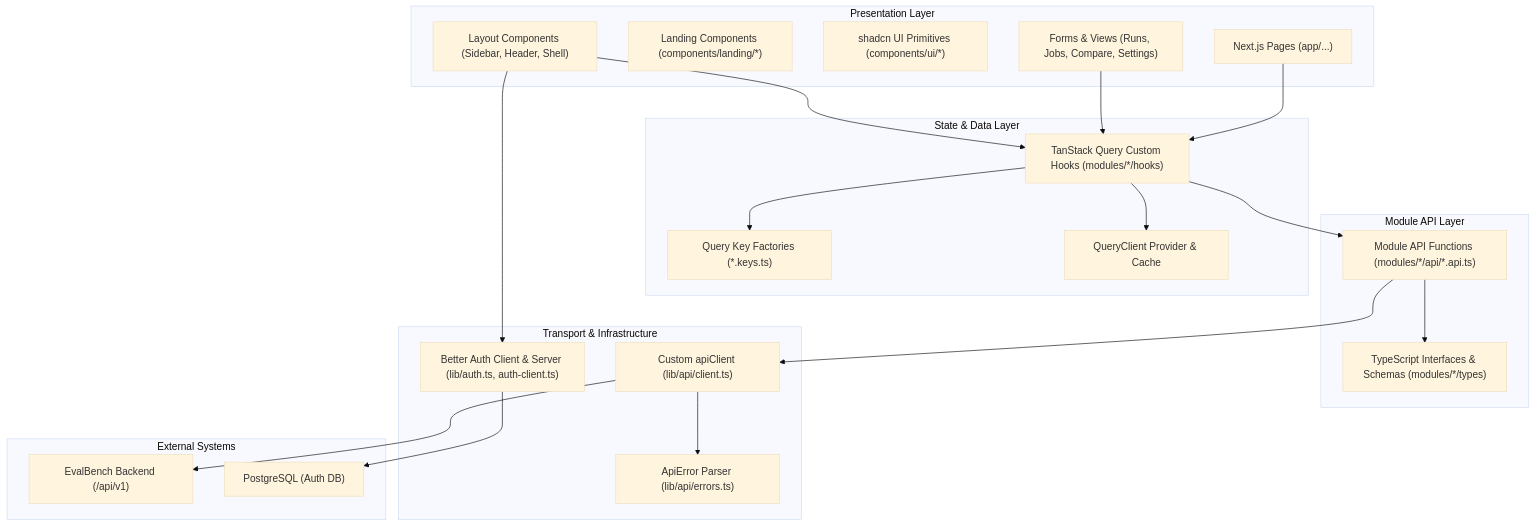
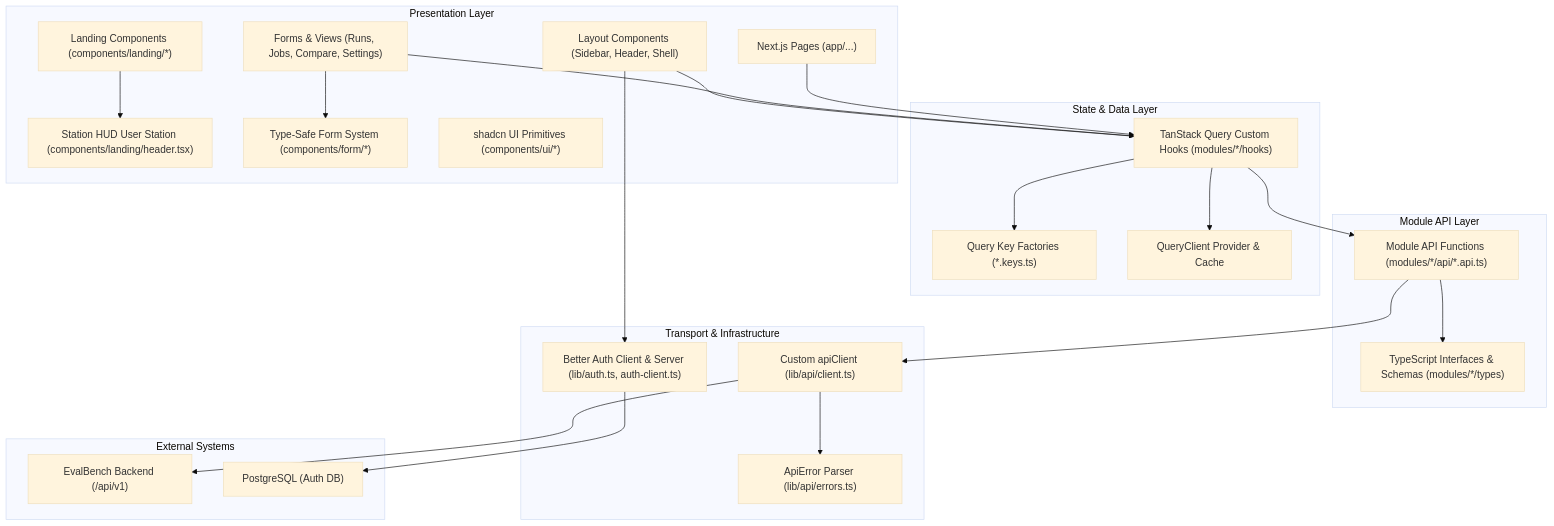
Before and after one commit to avinashankur/evalbench: the third of 5 diagrams in ARCHITECTURE.md, drawn with Mermaid (base theme). The commit also changed other lines of this file and 7 other files, not shown here.

````diff
--- a/ARCHITECTURE.md
+++ b/ARCHITECTURE.md
@@ -86,49 +86,53 @@
 ```mermaid
 graph TD
   subgraph Presentation Layer
     Pages["Next.js Pages (app/...)"]
     Landing["Landing Components (components/landing/*)"]
+    StationHud["Station HUD User Station (components/landing/header.tsx)"]
+    FormSystem["Type-Safe Form System (components/form/*)"]
     UiPrimitives["shadcn UI Primitives (components/ui/*)"]
     Layouts["Layout Components (Sidebar, Header, Shell)"]
     Forms["Forms & Views (Runs, Jobs, Compare, Settings)"]
   end
 
   subgraph State & Data Layer
     Hooks["TanStack Query Custom Hooks (modules/*/hooks)"]
     QueryKeys["Query Key Factories (*.keys.ts)"]
     QueryClient["QueryClient Provider & Cache"]
   end
 
   subgraph Module API Layer
     ModuleApi["Module API Functions (modules/*/api/*.api.ts)"]
     Types["TypeScript Interfaces & Schemas (modules/*/types)"]
   end
 
   subgraph Transport & Infrastructure
     ApiClient["Custom apiClient (lib/api/client.ts)"]
     ErrorHandling["ApiError Parser (lib/api/errors.ts)"]
     AuthModule["Better Auth Client & Server (lib/auth.ts, auth-client.ts)"]
   end
 
   subgraph External Systems
     FastApi["EvalBench Backend (/api/v1)"]
     PostgresDB["PostgreSQL (Auth DB)"]
   end
 
   Pages --> Hooks
   Forms --> Hooks
+  Forms --> FormSystem
+  Landing --> StationHud
   Layouts --> Hooks
   Layouts --> AuthModule
 
   Hooks --> QueryKeys
   Hooks --> QueryClient
   Hooks --> ModuleApi
 
   ModuleApi --> Types
   ModuleApi --> ApiClient
 
   ApiClient --> ErrorHandling
   ApiClient --> FastApi
 
   AuthModule --> PostgresDB
 ```
````
